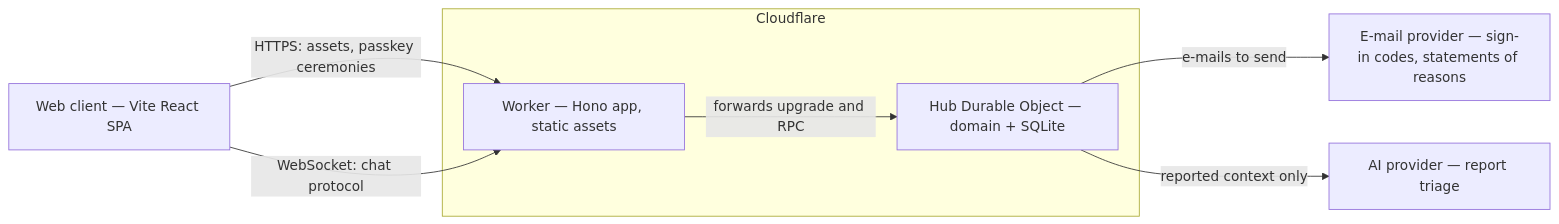
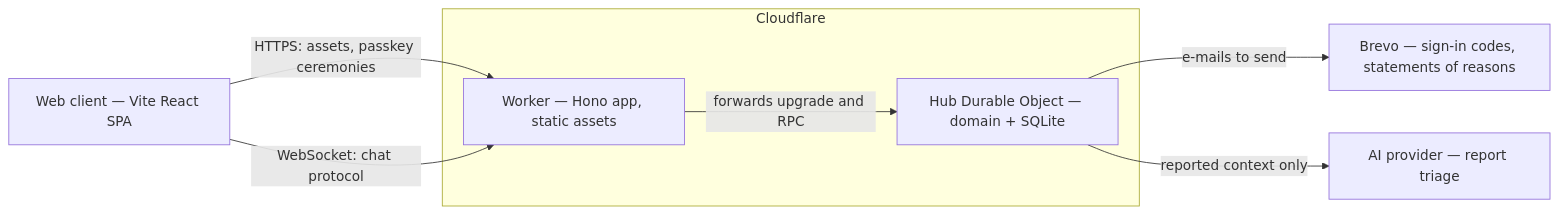
The second of 2 diagrams in docs/architecture/README.md (benoit-bremaud/asv), drawn with Mermaid before and after one commit. The commit also changed other lines of this file and 63 other files, not shown here.

First line of the commit message:
feat(accounts): brick 5 — e-mail code sign-in, device cookie, encryption at rest (#33)

````diff
--- a/docs/architecture/README.md
+++ b/docs/architecture/README.md
@@ -51,15 +51,15 @@
 ```mermaid
 flowchart LR
   Browser["Web client — Vite React SPA"]
   subgraph CF ["Cloudflare"]
     Worker["Worker — Hono app, static assets"]
     Hub["Hub Durable Object — domain + SQLite"]
   end
   AI["AI provider — report triage"]
-  Mail["E-mail provider — sign-in codes, statements of reasons"]
+  Mail["Brevo — sign-in codes, statements of reasons"]
   Hub -->|"e-mails to send"| Mail
   Browser -->|"HTTPS: assets, passkey ceremonies"| Worker
   Browser -->|"WebSocket: chat protocol"| Worker
   Worker -->|"forwards upgrade and RPC"| Hub
   Hub -->|"reported context only"| AI
 ```
````
